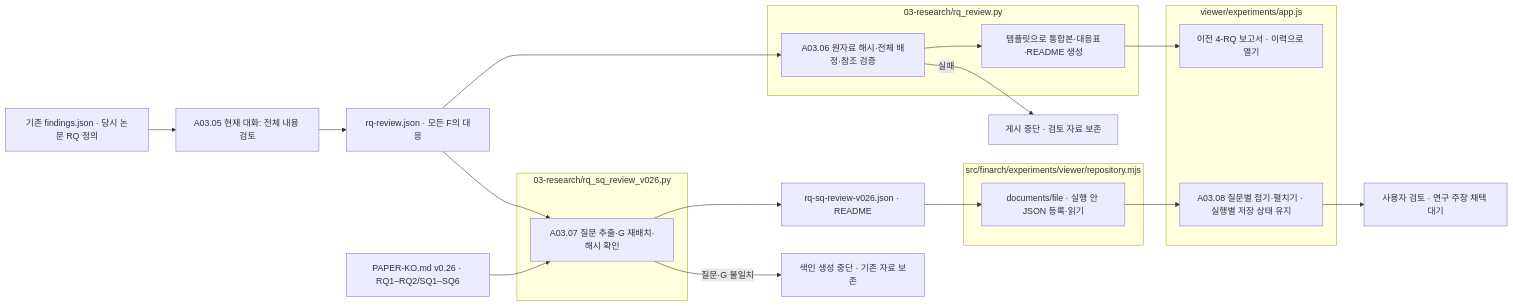
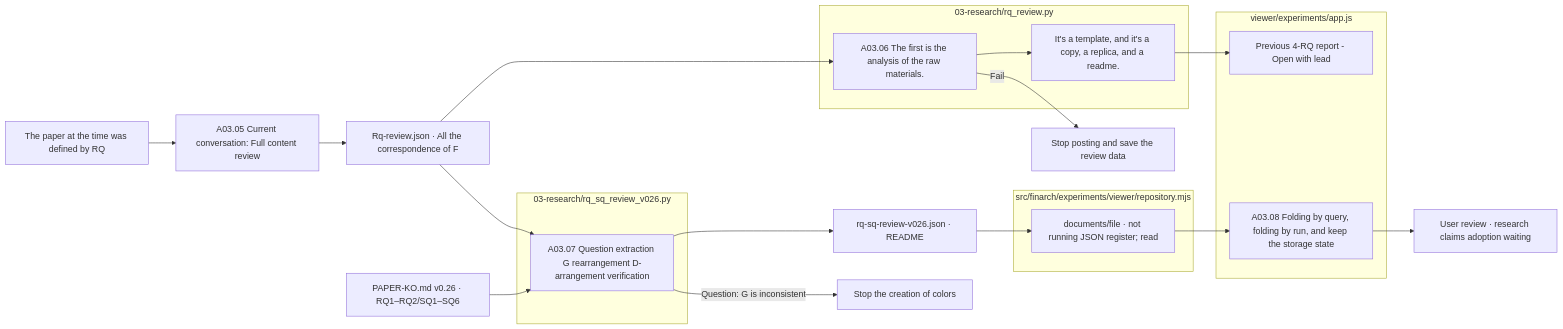
One commit to pnu-clink/finject changed the second of 2 diagrams in src/finarch/documentation/templates/stages/02-experiments/02_analysis/03_research/README.md. Above: the diagram before and after it, drawn with Mermaid. The commit also changed other lines of this file and 644 other files, not shown here.

````diff
--- a/src/finarch/documentation/templates/stages/02-experiments/02_analysis/03_research/README.md
+++ b/src/finarch/documentation/templates/stages/02-experiments/02_analysis/03_research/README.md
@@ -100,26 +100,26 @@
 ```mermaid
 flowchart LR
- F["기존 findings.json · 당시 논문 RQ 정의"] --> E["A03.05 현재 대화: 전체 내용 검토"]
- E --> J["rq-review.json · 모든 F의 대응"]
+ F["The paper at the time was defined by RQ"] --> E["A03.05 Current conversation: Full content review"]
+ E --> J["Rq-review.json · All the correspondence of F"]
  subgraph renderer["03-research/rq_review.py"]
- V["A03.06 원자료 해시·전체 배정·참조 검증"] --> M["템플릿으로 통합본·대응표·README 생성"]
+ V["A03.06 The first is the analysis of the raw materials."] --> M["It's a template, and it's a copy, a replica, and a readme."]
  end
  J --> V
- V -->|실패| X["게시 중단 · 검토 자료 보존"]
+ V -->|Fail| X["Stop posting and save the review data"]
  P["PAPER-KO.md v0.26 · RQ1–RQ2/SQ1–SQ6"] --> I
  J --> I
  subgraph current_index["03-research/rq_sq_review_v026.py"]
- I["A03.07 질문 추출·G 재배치·해시 확인"]
+ I["A03.07 Question extraction G rearrangement D-arrangement verification"]
  end
  I --> Q["rq-sq-review-v026.json · README"]
- I -->|질문·G 불일치| Y["색인 생성 중단 · 기존 자료 보존"]
+ I -->|Question: G is inconsistent| Y["Stop the creation of colors"]
  subgraph reader["src/finarch/experiments/viewer/repository.mjs"]
- R["documents/file · 실행 안 JSON 등록·읽기"]
+ R["documents/file · not running JSON register; read"]
  end
  subgraph viewer["viewer/experiments/app.js"]
- R --> U["A03.08 질문별 접기·펼치기 · 실행별 저장 상태 유지"]
- M --> H["이전 4-RQ 보고서 · 이력으로 열기"]
+ R --> U["A03.08 Folding by query, folding by run, and keep the storage state"]
+ M --> H["Previous 4-RQ report - Open with lead"]
  end
  Q --> R
- U --> D["사용자 검토 · 연구 주장 채택 대기"]
+ U --> D["User review · research claims adoption waiting"]
 ```
````
